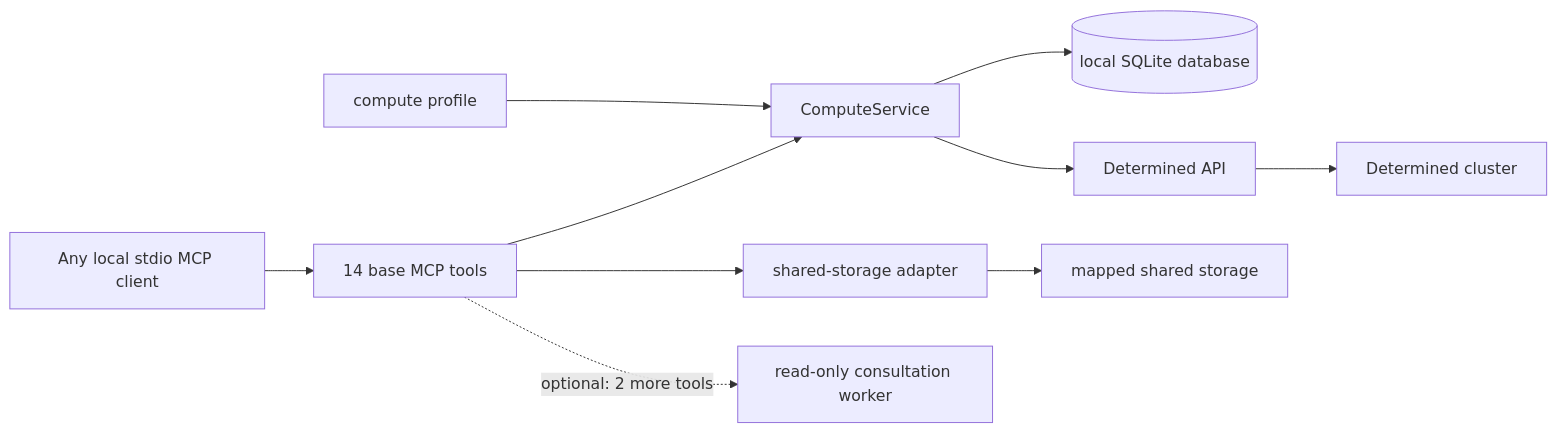
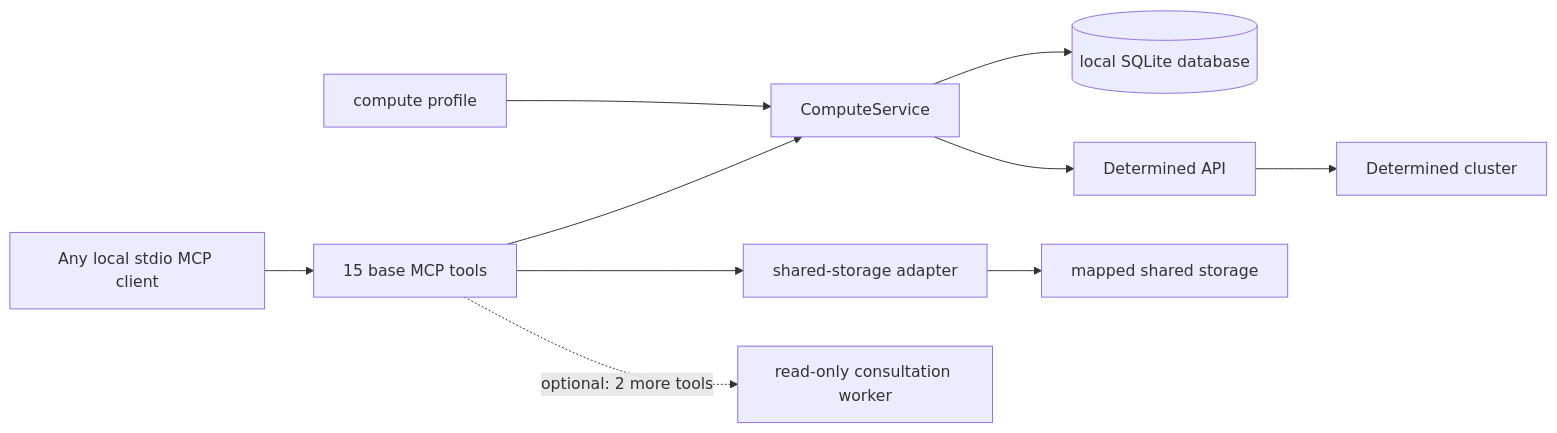
One commit to WU-CVGL/determined_cluster_mcp changed the diagram in docs/compute-service.md. Above: the diagram before and after it, drawn with Mermaid. The commit also changed other lines of this file and 33 other files, not shown here.

````diff
--- a/docs/compute-service.md
+++ b/docs/compute-service.md
@@ -12,12 +12,12 @@
 ```mermaid
 flowchart LR
-    U[Any local stdio MCP client] --> M[14 base MCP tools]
+    U[Any local stdio MCP client] --> M[15 base MCP tools]
     M --> C[ComputeService]
     C --> D[(local SQLite database)]
     C --> A[Determined API]
     A --> K[Determined cluster]
     P[compute profile] --> C
     M --> S[shared-storage adapter]
     S --> H[mapped shared storage]
     M -. optional: 2 more tools .-> W[read-only consultation worker]
 ```
````
